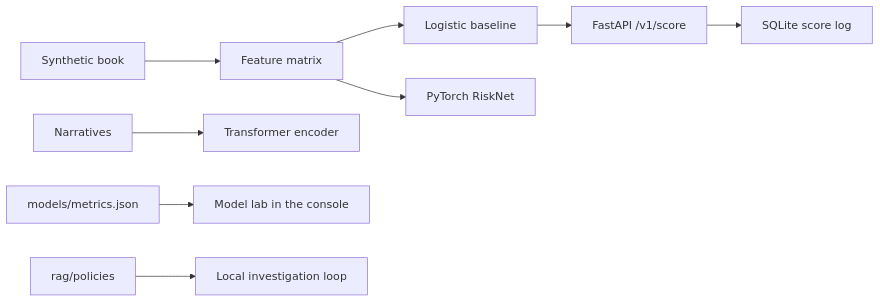
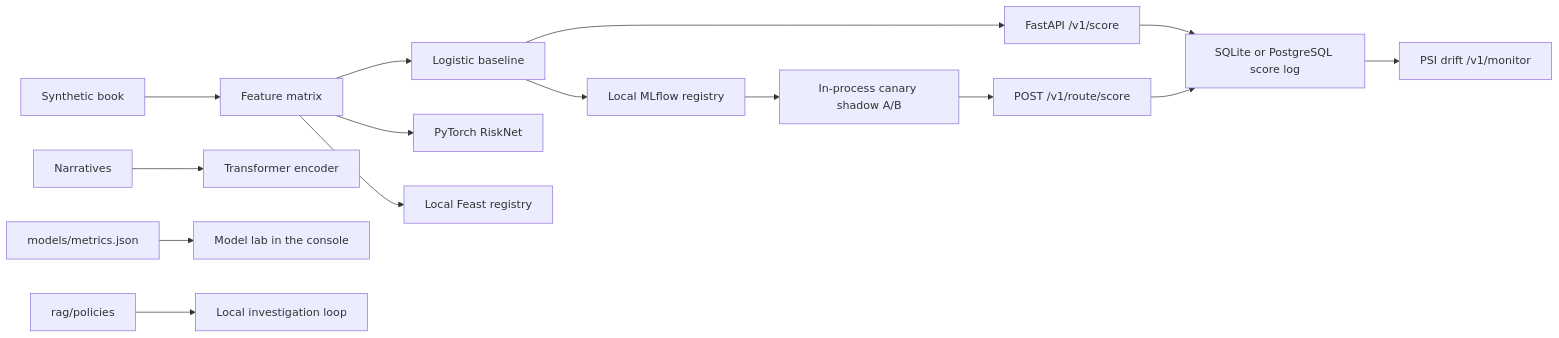
Before and after one commit to saneeshmorais16/risklens: the diagram in docs/ARCHITECTURE.md, drawn with Mermaid. The commit also changed other lines of this file and 20 other files, not shown here.

Commit message:
Add a local registry, drift monitor, and in-process traffic split so scoring stays on one machine.

````diff
--- a/docs/ARCHITECTURE.md
+++ b/docs/ARCHITECTURE.md
@@ -3,11 +3,17 @@
 ```mermaid
 flowchart LR
   data[Synthetic book] --> features[Feature matrix]
   features --> baseline[Logistic baseline]
   features --> risknet[PyTorch RiskNet]
   text[Narratives] --> encoder[Transformer encoder]
   baseline --> api[FastAPI /v1/score]
-  api --> audit[SQLite score log]
+  baseline --> registry[Local MLflow registry]
+  registry --> split[In-process canary shadow A/B]
+  split --> routed[POST /v1/route/score]
+  api --> audit[SQLite or PostgreSQL score log]
+  routed --> audit
+  audit --> monitor[PSI drift /v1/monitor]
+  features --> feast[Local Feast registry]
   metrics[models/metrics.json] --> lab[Model lab in the console]
   policies[rag/policies] --> agent[Local investigation loop]
 ```
````
